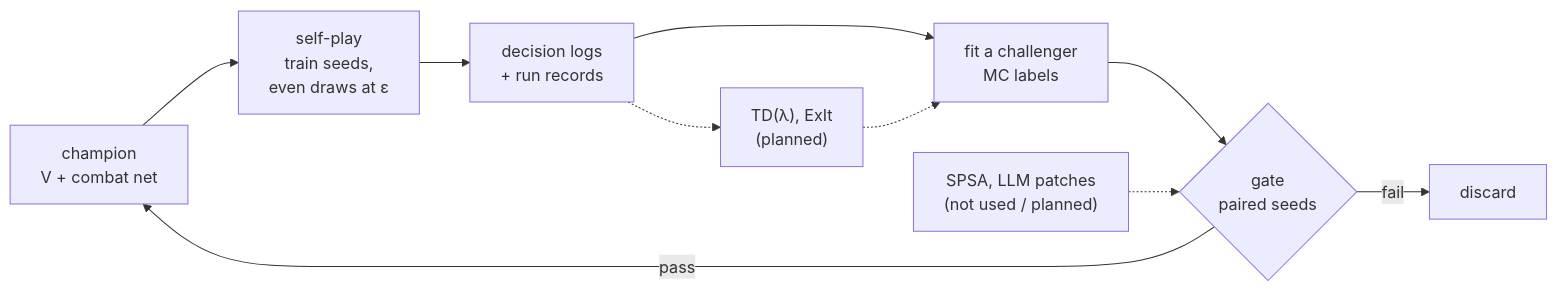
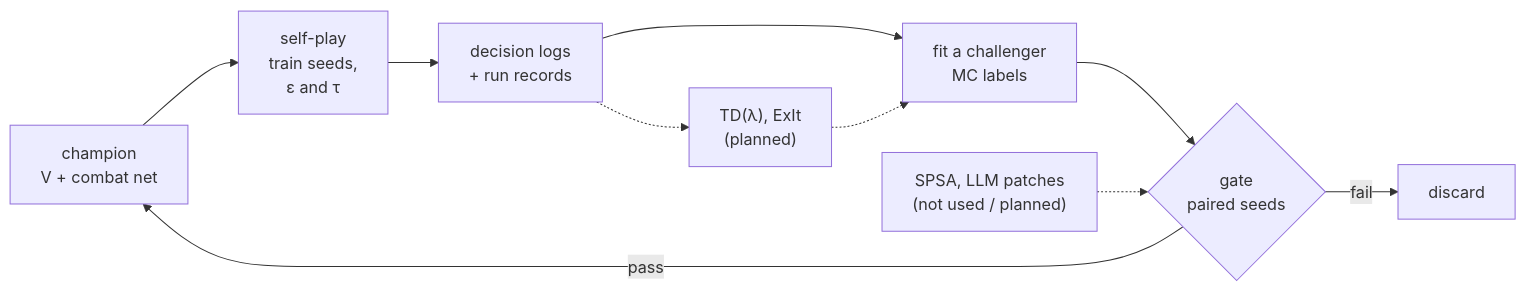
One commit to shinnku-nikaidou/spire-zero changed the diagram in docs/src/content/docs/en/arch/learning/index.mdx. Above: the diagram before and after it, drawn with Mermaid. The commit also changed other lines of this file and 92 other files, not shown here.

````diff
--- a/docs/src/content/docs/en/arch/learning/index.mdx
+++ b/docs/src/content/docs/en/arch/learning/index.mdx
@@ -38,12 +38,12 @@
 ```mermaid
 flowchart LR
-  C["champion<br/>V + combat net"] --> SP["self-play<br/>train seeds,<br/>even draws at ε"]
+  C["champion<br/>V + combat net"] --> SP["self-play<br/>train seeds,<br/>ε and τ"]
   SP --> D["decision logs<br/>+ run records"]
   D --> F["fit a challenger<br/>MC labels"]
   F --> G{"gate<br/>paired seeds"}
   G -->|"pass"| C
   G -->|"fail"| X["discard"]
   D -.-> TD["TD(λ), ExIt<br/>(planned)"]
   TD -.-> F
   P["SPSA, LLM patches<br/>(not used / planned)"] -.-> G
 ```
````
